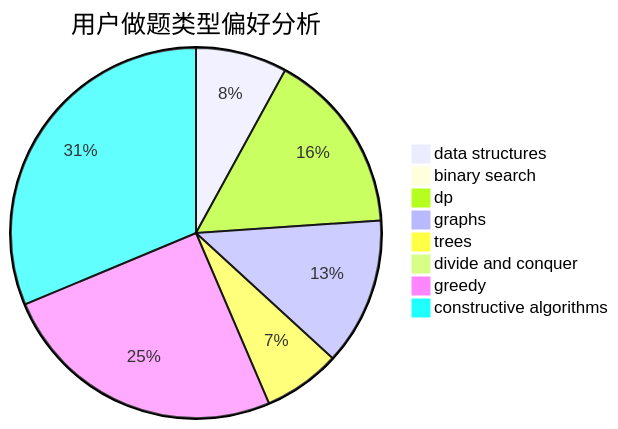
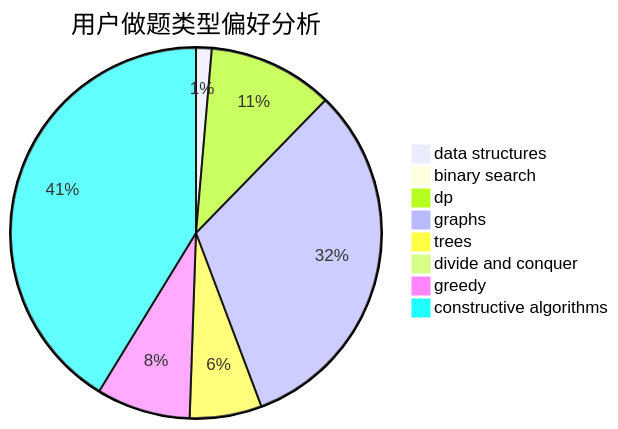
One commit to sherpahu/cfrs.github.io changed the second of 3 diagrams in docs/user/u1495.md. Above: the diagram before and after it, drawn with Mermaid. The commit also changed other lines of this file and 2770 other files, not shown here.

````diff
--- a/docs/user/u1495.md
+++ b/docs/user/u1495.md
@@ -23,11 +23,11 @@
 ```mermaid
 pie title 用户做题类型偏好分析
-    "data structures" :  13
+    "data structures" :  5
     "binary search" :  0
-    "dp" :  26
-    "graphs" :  21
-    "trees" :  11
+    "dp" :  40
+    "graphs" :  117
+    "trees" :  23
     "divide and conquer" :  0
-    "greedy" :  41
-    "constructive algorithms" :  51
+    "greedy" :  30
+    "constructive algorithms" :  151
 ```
````
